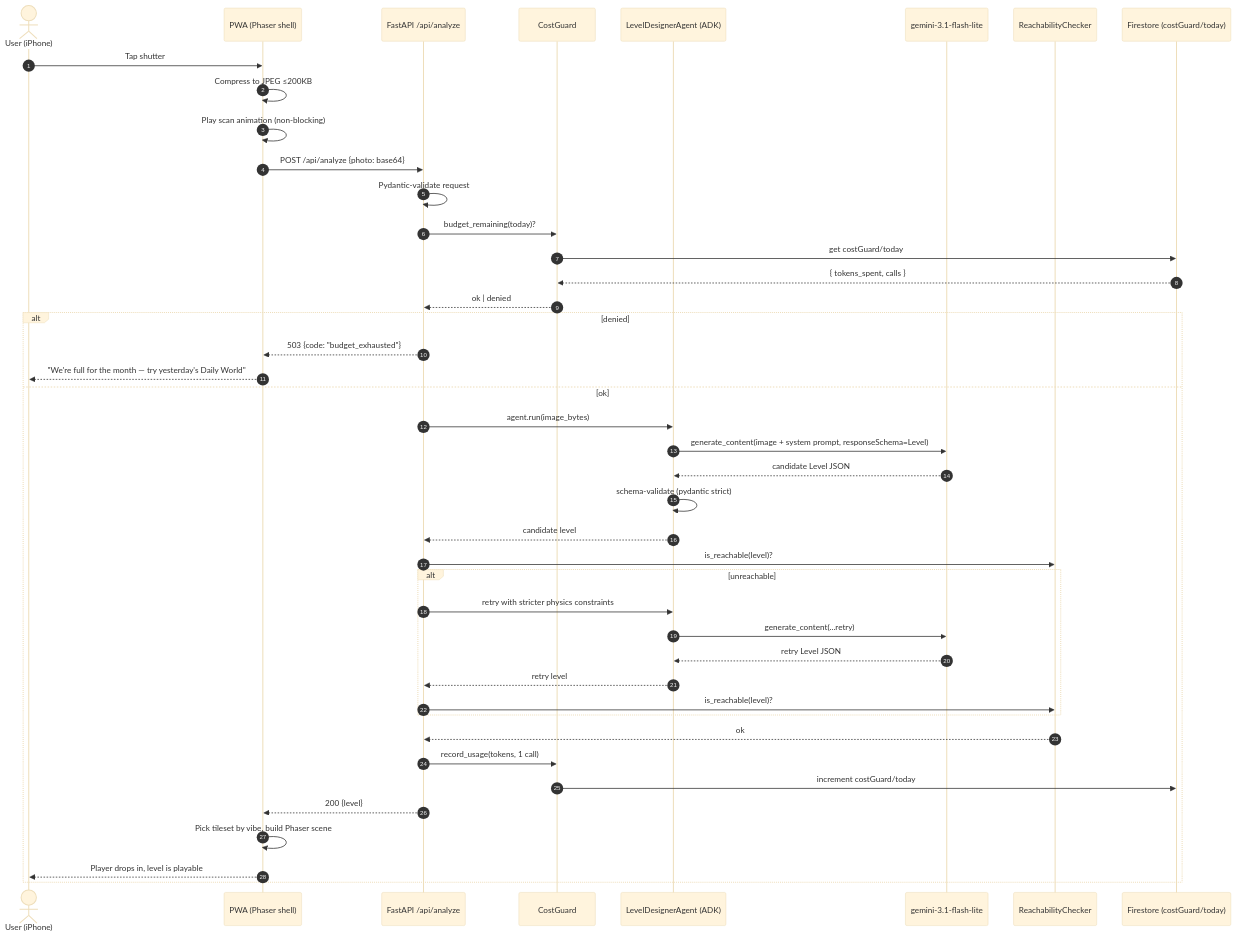
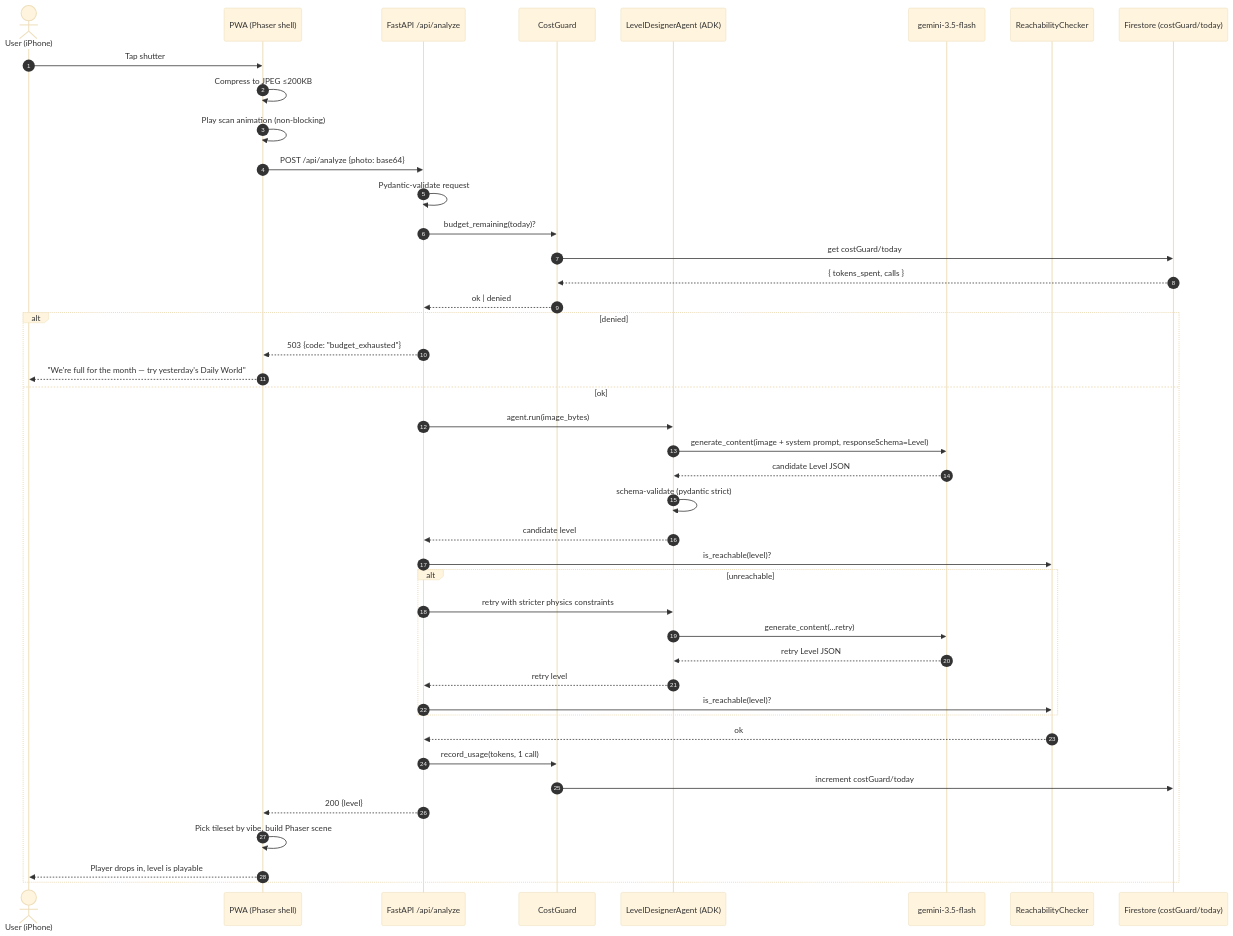
One commit to fadlytanjung/mirror-realm changed the third of 7 diagrams in docs/01-architecture.md. Above: the diagram before and after it, drawn with Mermaid (base theme). The commit also changed other lines of this file and 24 other files, not shown here.

````diff
--- a/docs/01-architecture.md
+++ b/docs/01-architecture.md
@@ -112,46 +112,46 @@
 ```mermaid
 sequenceDiagram
     autonumber
     actor U as User (iPhone)
     participant W as PWA (Phaser shell)
     participant API as FastAPI /api/analyze
     participant CG as CostGuard
     participant A as LevelDesignerAgent (ADK)
-    participant G as gemini-3.1-flash-lite
+    participant G as gemini-3.5-flash
     participant RC as ReachabilityChecker
     participant FS as Firestore (costGuard/today)
 
     U->>W: Tap shutter
     W->>W: Compress to JPEG ≤200KB
     W->>W: Play scan animation (non-blocking)
     W->>API: POST /api/analyze {photo: base64}
     API->>API: Pydantic-validate request
     API->>CG: budget_remaining(today)?
     CG->>FS: get costGuard/today
     FS-->>CG: { tokens_spent, calls }
     CG-->>API: ok | denied
     alt denied
         API-->>W: 503 {code: "budget_exhausted"}
         W-->>U: "We're full for the month — try yesterday's Daily World"
     else ok
         API->>A: agent.run(image_bytes)
         A->>G: generate_content(image + system prompt, responseSchema=Level)
         G-->>A: candidate Level JSON
         A->>A: schema-validate (pydantic strict)
         A-->>API: candidate level
         API->>RC: is_reachable(level)?
         alt unreachable
             API->>A: retry with stricter physics constraints
             A->>G: generate_content(...retry)
             G-->>A: retry Level JSON
             A-->>API: retry level
             API->>RC: is_reachable(level)?
         end
         RC-->>API: ok
         API->>CG: record_usage(tokens, 1 call)
         CG->>FS: increment costGuard/today
         API-->>W: 200 {level}
         W->>W: Pick tileset by vibe, build Phaser scene
         W-->>U: Player drops in, level is playable
     end
 ```
````
